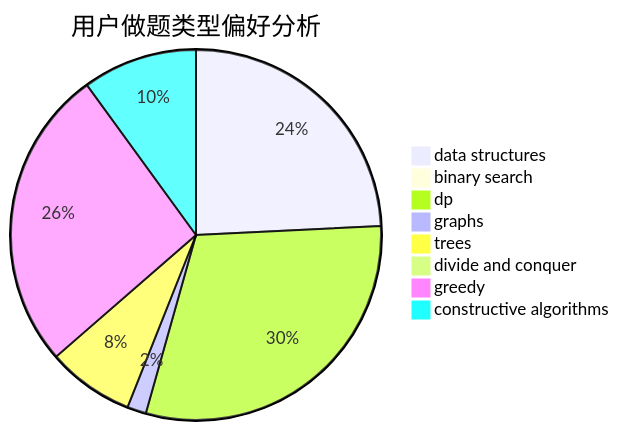
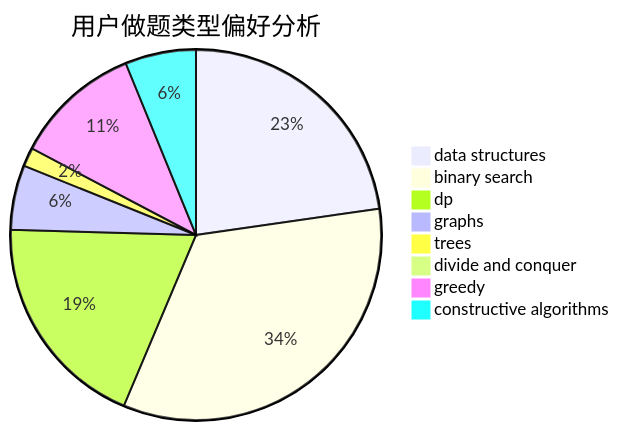
The second of 3 diagrams in docs/user/u2618.md (sherpahu/cfrs.github.io), drawn with Mermaid before and after one commit. The commit also changed other lines of this file and 2770 other files, not shown here.

````diff
--- a/docs/user/u2618.md
+++ b/docs/user/u2618.md
@@ -23,11 +23,11 @@
 ```mermaid
 pie title 用户做题类型偏好分析
-    "data structures" :  380
-    "binary search" :  7
-    "dp" :  473
-    "graphs" :  26
-    "trees" :  119
-    "divide and conquer" :  8
-    "greedy" :  414
-    "constructive algorithms" :  157
+    "data structures" :  125
+    "binary search" :  185
+    "dp" :  105
+    "graphs" :  31
+    "trees" :  9
+    "divide and conquer" :  1
+    "greedy" :  61
+    "constructive algorithms" :  34
 ```
````
